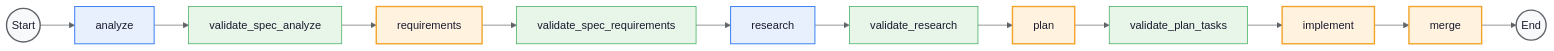
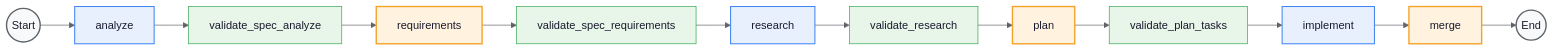
The first of 5 diagrams in tests/integration/infrastructure/services/agents/graph-state-transitions/README.md (shep-ai/cli), drawn with Mermaid before and after one commit. The commit also changed other lines of this file and 21 other files, not shown here.

````diff
--- a/tests/integration/infrastructure/services/agents/graph-state-transitions/README.md
+++ b/tests/integration/infrastructure/services/agents/graph-state-transitions/README.md
@@ -24,21 +24,21 @@
 ```mermaid
 %%{init: {'theme': 'base', 'themeVariables': {'primaryColor': '#E8F0FE', 'primaryBorderColor': '#4285F4', 'primaryTextColor': '#1A1A2E', 'lineColor': '#5F6368', 'secondaryColor': '#FFF3E0', 'tertiaryColor': '#E8F5E9', 'fontFamily': 'Inter, system-ui, sans-serif'}}}%%
 
 graph LR
     S((Start)):::startEnd --> A[analyze]:::producer
     A --> VA[validate_spec_analyze]:::validator
     VA --> R[requirements]:::interruptible
     R --> VR[validate_spec_requirements]:::validator
     VR --> RS[research]:::producer
     RS --> VRS[validate_research]:::validator
     VRS --> P[plan]:::interruptible
     P --> VP[validate_plan_tasks]:::validator
-    VP --> I[implement]:::interruptible
+    VP --> I[implement]:::producer
     I --> M[merge]:::interruptible
     M --> E((End)):::startEnd
 
     classDef startEnd fill:#F8F9FA,stroke:#5F6368,stroke-width:2px,color:#1A1A2E
     classDef producer fill:#E8F0FE,stroke:#4285F4,stroke-width:1.5px,color:#1A1A2E
     classDef interruptible fill:#FFF3E0,stroke:#F4A226,stroke-width:2px,color:#1A1A2E
     classDef validator fill:#E8F5E9,stroke:#34A853,stroke-width:1px,color:#1A1A2E
 ```
````
